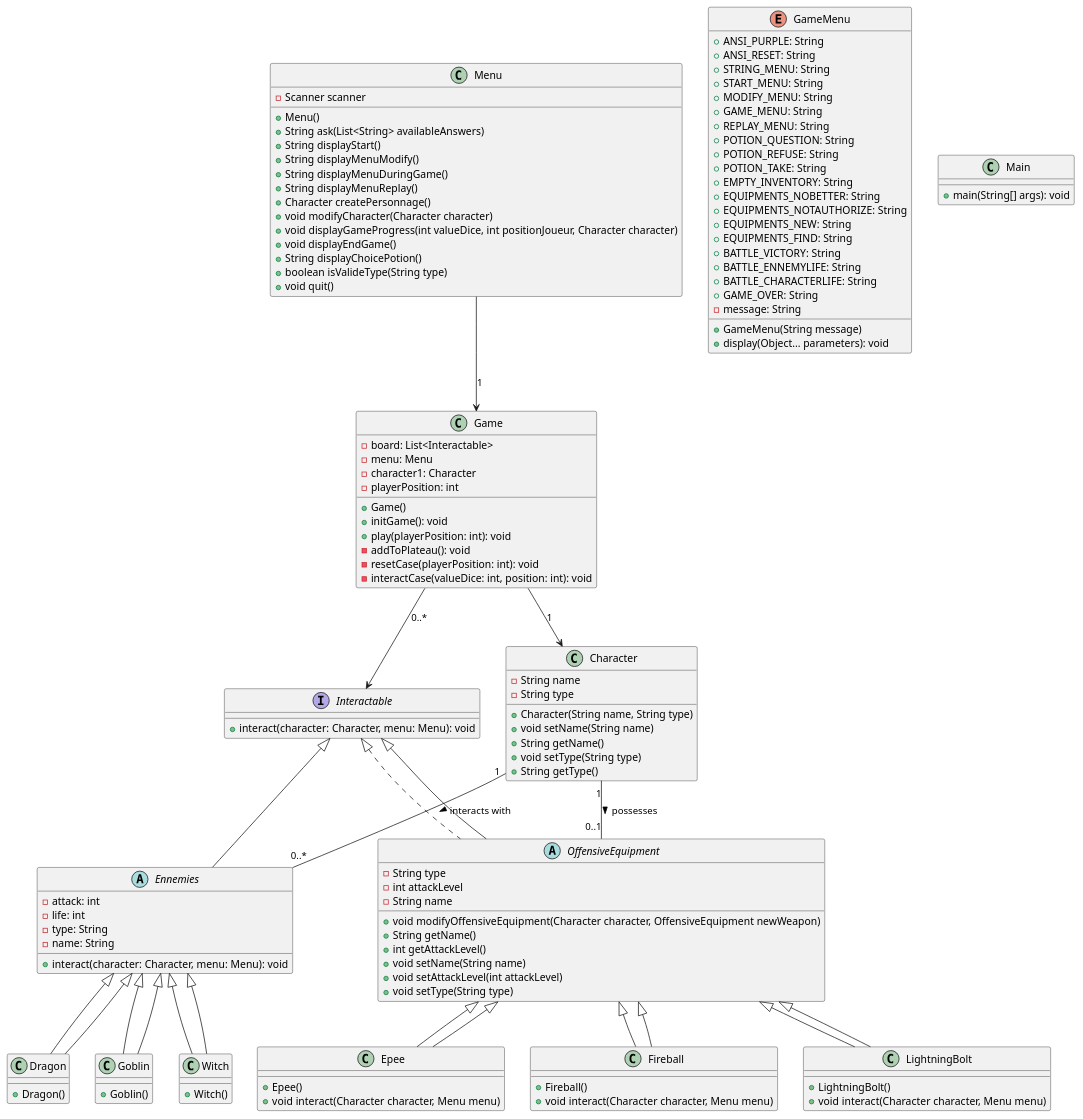
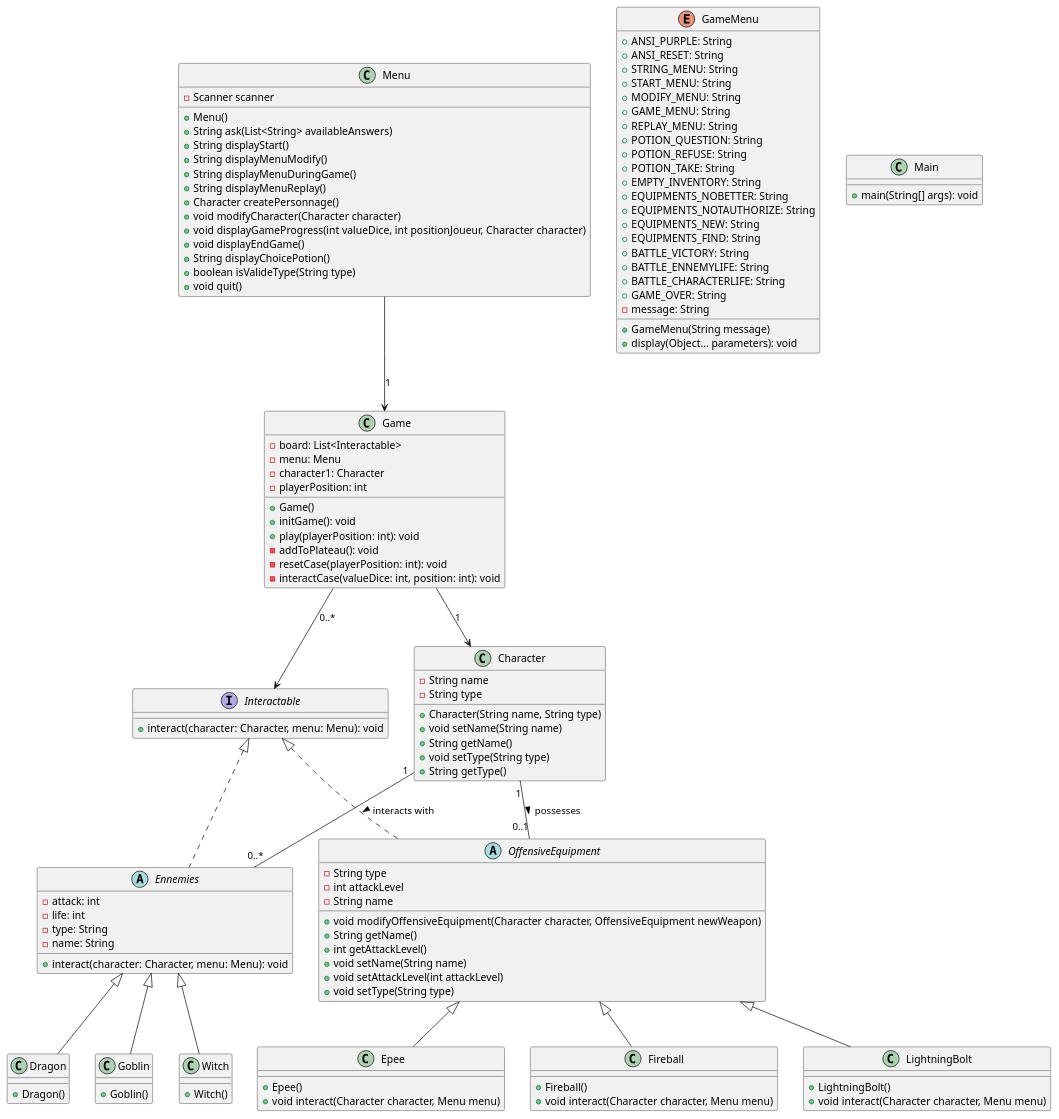
Before and after one commit to Riquet-C/Donjon-Dragons: the diagram in class_diagramme.puml, drawn with PlantUML. The commit also changed 22 other files, not shown here.

```diff
--- a/class_diagramme.puml
+++ b/class_diagramme.puml
@@ -1,140 +1,131 @@
 @startuml
 
 interface Interactable {
     + interact(character: Character, menu: Menu): void
 }
 
  class Character {
         - String name
         - String type
         + Character(String name, String type)
         + void setName(String name)
         + String getName()
         + void setType(String type)
         + String getType()
     }
 
 
-abstract class Ennemies {
+abstract class Ennemies implements Interactable {
     - attack: int
     - life: int
     - type: String
     - name: String
     + interact(character: Character, menu: Menu): void
 }
 
 class Dragon extends Ennemies {
     + Dragon()
 }
 
 class Goblin extends Ennemies {
     + Goblin()
 }
 
 class Witch extends Ennemies {
     + Witch()
 }
 
 class Menu {
     - Scanner scanner
     + Menu()
     + String ask(List<String> availableAnswers)
     + String displayStart()
     + String displayMenuModify()
     + String displayMenuDuringGame()
     + String displayMenuReplay()
     + Character createPersonnage()
     + void modifyCharacter(Character character)
     + void displayGameProgress(int valueDice, int positionJoueur, Character character)
     + void displayEndGame()
     + String displayChoicePotion()
     + boolean isValideType(String type)
     + void quit()
 }
 
 class Game {
     - board: List<Interactable>
     - menu: Menu
     - character1: Character
     - playerPosition: int
     + Game()
     + initGame(): void
     + play(playerPosition: int): void
     - addToPlateau(): void
     - resetCase(playerPosition: int): void
     - interactCase(valueDice: int, position: int): void
 }
 
 enum GameMenu {
     + ANSI_PURPLE: String
     + ANSI_RESET: String
     + STRING_MENU: String
     + START_MENU: String
     + MODIFY_MENU: String
     + GAME_MENU: String
     + REPLAY_MENU: String
     + POTION_QUESTION: String
     + POTION_REFUSE: String
     + POTION_TAKE: String
     + EMPTY_INVENTORY: String
     + EQUIPMENTS_NOBETTER: String
     + EQUIPMENTS_NOTAUTHORIZE: String
     + EQUIPMENTS_NEW: String
     + EQUIPMENTS_FIND: String
     + BATTLE_VICTORY: String
     + BATTLE_ENNEMYLIFE: String
     + BATTLE_CHARACTERLIFE: String
     + GAME_OVER: String
     - message: String
     + GameMenu(String message)
     + display(Object... parameters): void
 }
 
 class Main {
     + main(String[] args): void
 }
 
 abstract class OffensiveEquipment implements Interactable {
     - String type
     - int attackLevel
     - String name
     + void modifyOffensiveEquipment(Character character, OffensiveEquipment newWeapon)
     + String getName()
     + int getAttackLevel()
     + void setName(String name)
     + void setAttackLevel(int attackLevel)
     + void setType(String type)
 }
 
 class Epee extends OffensiveEquipment {
     + Epee()
     + void interact(Character character, Menu menu)
 }
 
 class Fireball extends OffensiveEquipment {
     + Fireball()
     + void interact(Character character, Menu menu)
 }
 
 class LightningBolt extends OffensiveEquipment {
     + LightningBolt()
     + void interact(Character character, Menu menu)
 }
 
 Menu --> Game : 1
 Game --> Character : 1
 Game --> Interactable : 0..*
-Interactable <|-- Ennemies
-Interactable <|-- OffensiveEquipment
-Ennemies <|-- Dragon
-Ennemies <|-- Goblin
-Ennemies <|-- Witch
-OffensiveEquipment <|-- Epee
-OffensiveEquipment <|-- Fireball
-OffensiveEquipment <|-- LightningBolt
-
 Character "1" -- "0..1" OffensiveEquipment : possesses >
 Character "1" -- "0..*" Ennemies : interacts with >
 
 
 @enduml
```
